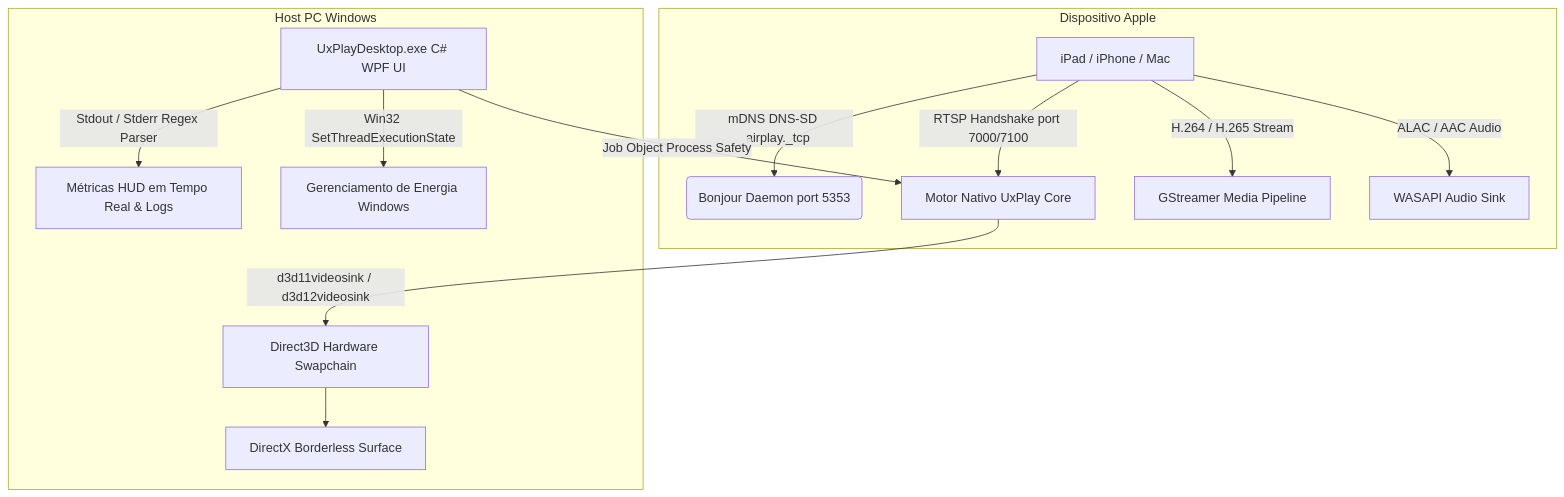
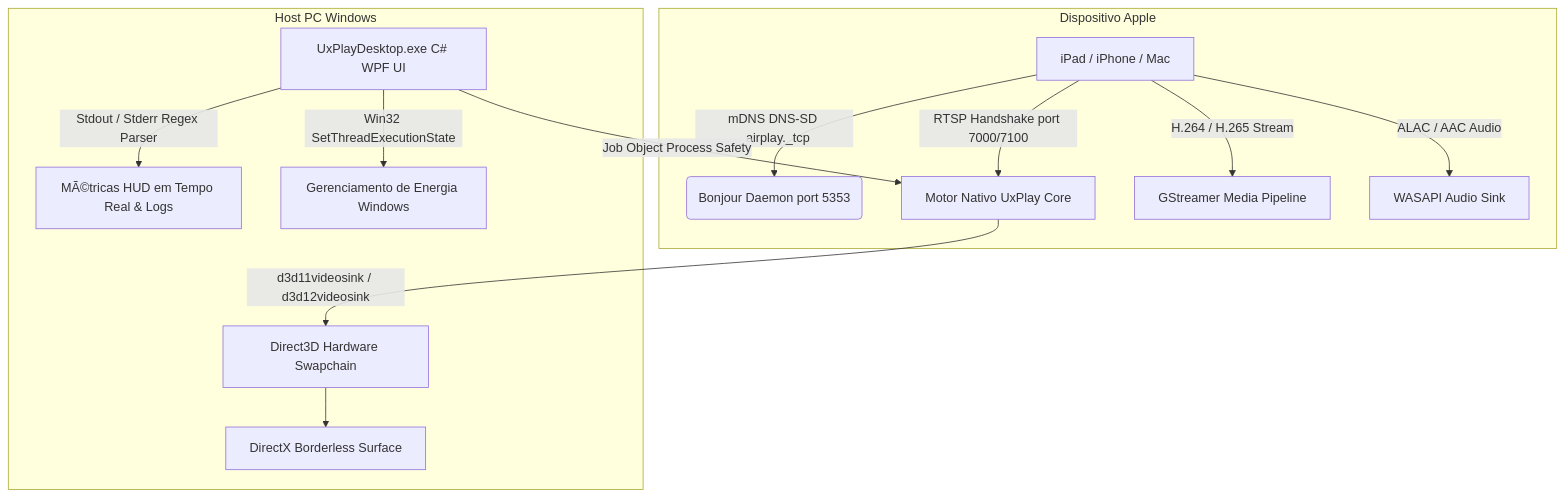
The diagram in docs/locales/README.pt.md (jorjanion/uxplay-desktop), drawn with Mermaid before and after one commit. The commit also changed other lines of this file and 18 other files, not shown here.

````diff
--- a/docs/locales/README.pt.md
+++ b/docs/locales/README.pt.md
@@ -85,17 +85,17 @@
 ```mermaid
 graph TD
     subgraph Dispositivo Apple
         A[iPad / iPhone / Mac] -->|mDNS DNS-SD _airplay._tcp| B(Bonjour Daemon port 5353)
         A -->|RTSP Handshake port 7000/7100| C[Motor Nativo UxPlay Core]
         A -->|H.264 / H.265 Stream| D[GStreamer Media Pipeline]
         A -->|ALAC / AAC Audio| E[WASAPI Audio Sink]
     end
 
     subgraph Host PC Windows
         C -->|d3d11videosink / d3d12videosink| F[Direct3D Hardware Swapchain]
         F --> G[DirectX Borderless Surface]
         H[UxPlayDesktop.exe C# WPF UI] -->|Job Object Process Safety| C
-        H -->|Stdout / Stderr Regex Parser| I[Métricas HUD em Tempo Real & Logs]
+        H -->|Stdout / Stderr Regex Parser| I[MÃ©tricas HUD em Tempo Real & Logs]
         H -->|Win32 SetThreadExecutionState| J[Gerenciamento de Energia Windows]
     end
 ```
````
